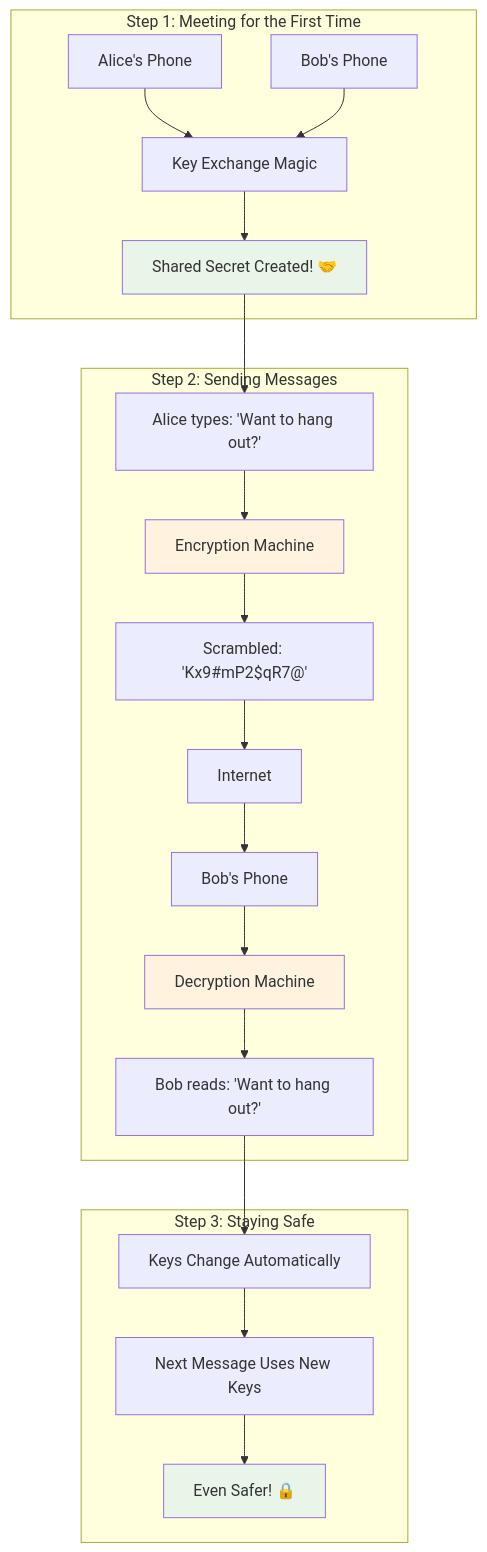
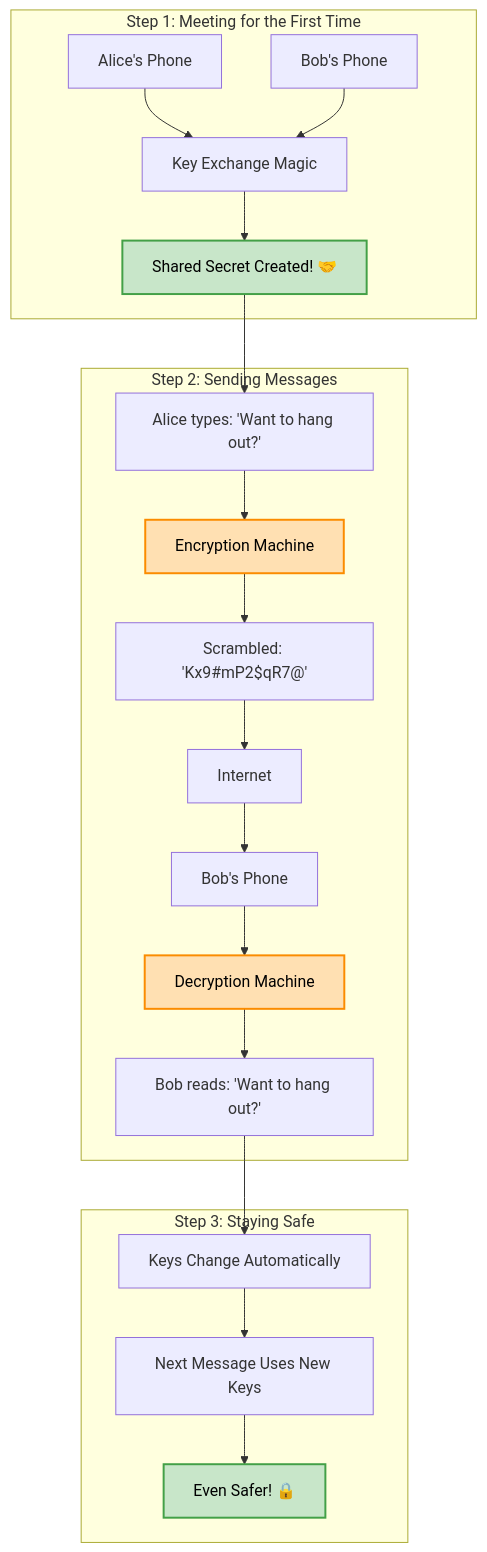
Before and after one commit to prabhatg/signal_crypto_lib: the fourth of 16 diagrams in docs/signal_protocol_for_kids.md, drawn with Mermaid. The commit also changed other lines of this file and 1 other file, not shown here.

Commit message:
Documentation diagram updates

````diff
--- a/docs/signal_protocol_for_kids.md
+++ b/docs/signal_protocol_for_kids.md
@@ -112,29 +112,29 @@
 ```mermaid
 graph TD
     subgraph "Step 1: Meeting for the First Time"
         A[Alice's Phone] --> B[Key Exchange Magic]
         C[Bob's Phone] --> B
         B --> D[Shared Secret Created! 🤝]
     end
     
     subgraph "Step 2: Sending Messages"
         D --> E[Alice types: 'Want to hang out?']
         E --> F[Encryption Machine]
         F --> G[Scrambled: 'Kx9#mP2$qR7@']
         G --> H[Internet]
         H --> I[Bob's Phone]
         I --> J[Decryption Machine]
         J --> K[Bob reads: 'Want to hang out?']
     end
     
     subgraph "Step 3: Staying Safe"
         K --> L[Keys Change Automatically]
         L --> M[Next Message Uses New Keys]
         M --> N[Even Safer! 🔒]
     end
     
-    style D fill:#e8f5e8
-    style F fill:#fff3e0
-    style J fill:#fff3e0
-    style N fill:#e8f5e8
+    style D fill:#c8e6c9,stroke:#43a047,stroke-width:2px,color:#000
+    style F fill:#ffe0b2,stroke:#fb8c00,stroke-width:2px,color:#000
+    style J fill:#ffe0b2,stroke:#fb8c00,stroke-width:2px,color:#000
+    style N fill:#c8e6c9,stroke:#43a047,stroke-width:2px,color:#000
 ```
````
